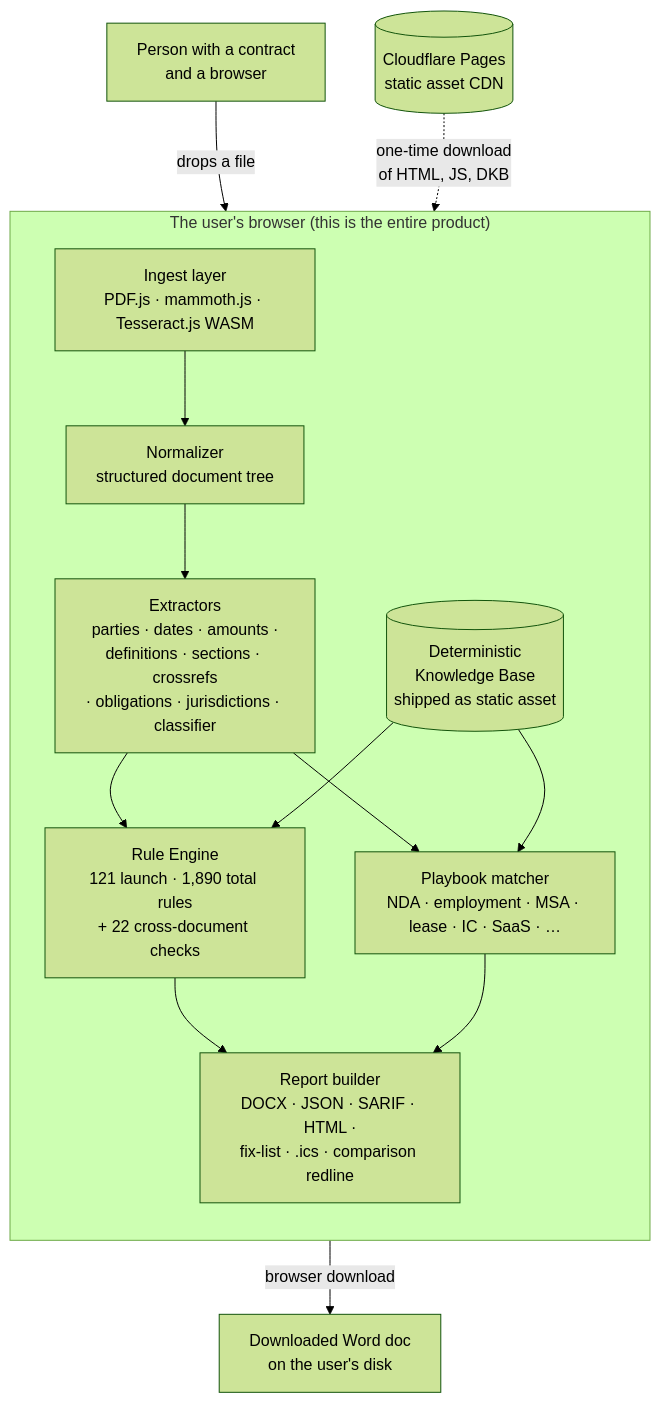
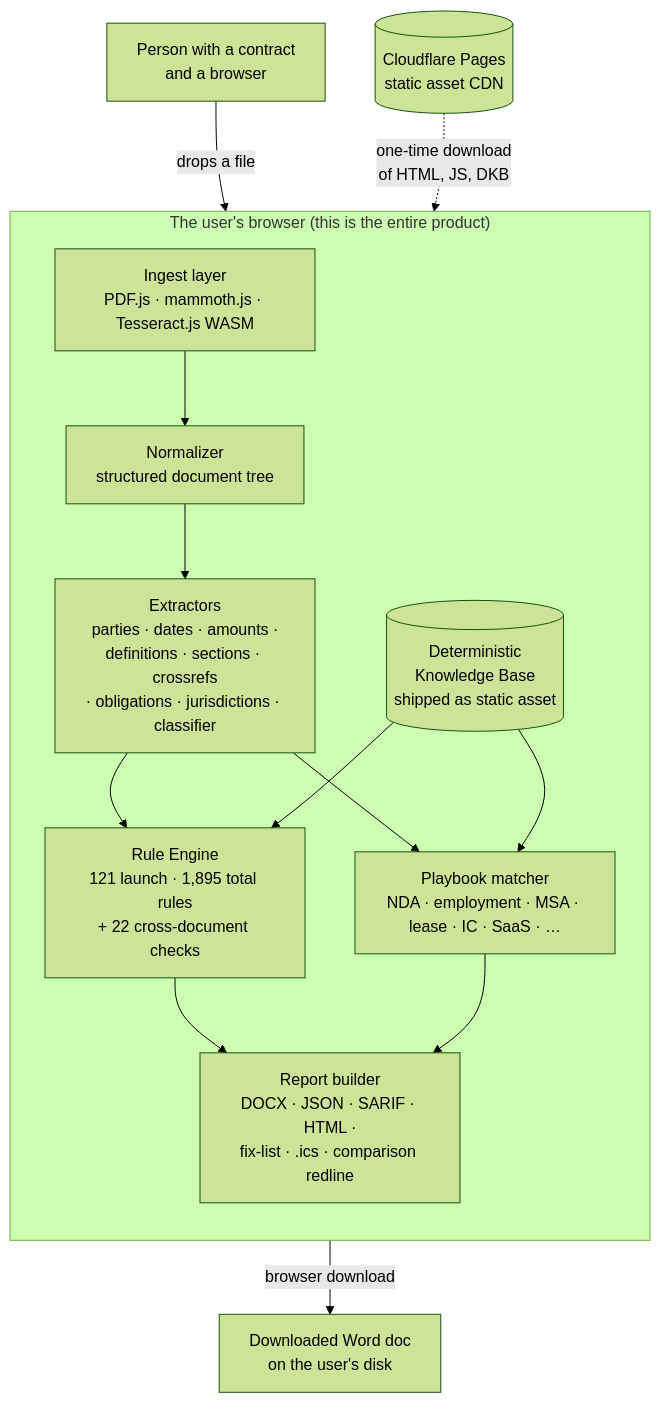
One commit to clay-good/vaulytica changed the diagram in docs/architecture.md. Above: the diagram before and after it, drawn with Mermaid (forest theme). The commit also changed other lines of this file and 412 other files, not shown here.

````diff
--- a/docs/architecture.md
+++ b/docs/architecture.md
@@ -5,28 +5,28 @@
 ```mermaid
 flowchart TB
     user[Person with a contract<br/>and a browser]
 
     subgraph browser["The user's browser (this is the entire product)"]
         direction TB
         ingest[Ingest layer<br/>PDF.js · mammoth.js · Tesseract.js WASM]
         normalize[Normalizer<br/>structured document tree]
         extract[Extractors<br/>parties · dates · amounts ·<br/>definitions · sections · crossrefs<br/>· obligations · jurisdictions · classifier]
-        engine[Rule Engine<br/>121 launch · 1,890 total rules<br/>+ 22 cross-document checks]
+        engine[Rule Engine<br/>121 launch · 1,895 total rules<br/>+ 22 cross-document checks]
         playbook[Playbook matcher<br/>NDA · employment · MSA · lease · IC · SaaS · …]
         dkb[(Deterministic<br/>Knowledge Base<br/>shipped as static asset)]
         report[Report builder<br/>DOCX · JSON · SARIF · HTML ·<br/>fix-list · .ics · comparison redline]
     end
 
     cdn[(Cloudflare Pages<br/>static asset CDN)]
     download[Downloaded Word doc<br/>on the user's disk]
 
     user -- "drops a file" --> ingest
     cdn -. "one-time download<br/>of HTML, JS, DKB" .-> browser
     ingest --> normalize --> extract --> engine
     extract --> playbook
     dkb --> engine
     dkb --> playbook
     engine --> report
     playbook --> report
     report -- "browser download" --> download
 ```
````
